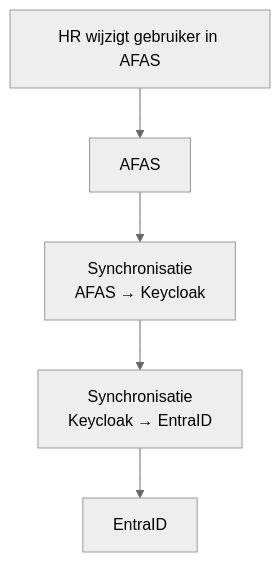
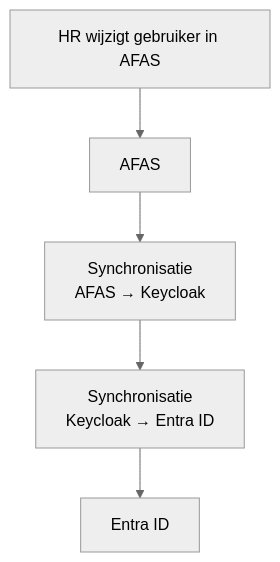
One commit to developer-overheid-nl/don-site changed the fourth of 4 diagrams in blog/2026/03/blog-post-identity-sync-architecture.md. Above: the diagram before and after it, drawn with Mermaid (neutral theme). The commit also changed other lines of this file, not shown here.

Commit message:
Fix typos and improve consistency in blog post on identity synchronization architecture

````diff
--- a/blog/2026/03/blog-post-identity-sync-architecture.md
+++ b/blog/2026/03/blog-post-identity-sync-architecture.md
@@ -122,13 +122,13 @@
 ```mermaid
 flowchart TD
   HR["HR wijzigt gebruiker in AFAS"]
   AFAS["AFAS"]
   SYNC1["Synchronisatie<br/>AFAS → Keycloak"]
-  SYNC2["Synchronisatie<br/>Keycloak → EntraID"]
-  ENTRA["EntraID"]
+  SYNC2["Synchronisatie<br/>Keycloak → Entra ID"]
+  ENTRA["Entra ID"]
 
   HR --> AFAS
   AFAS --> SYNC1
   SYNC1 --> SYNC2
   SYNC2 --> ENTRA
 ```
````
